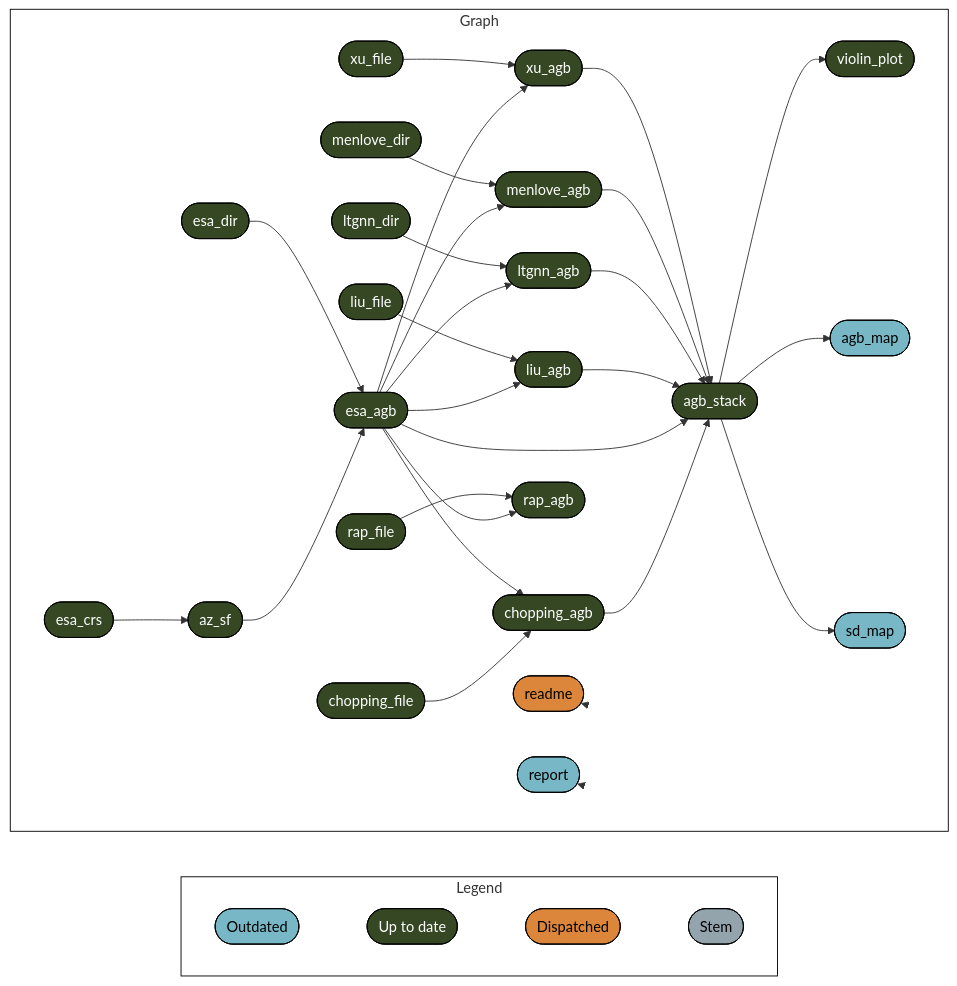
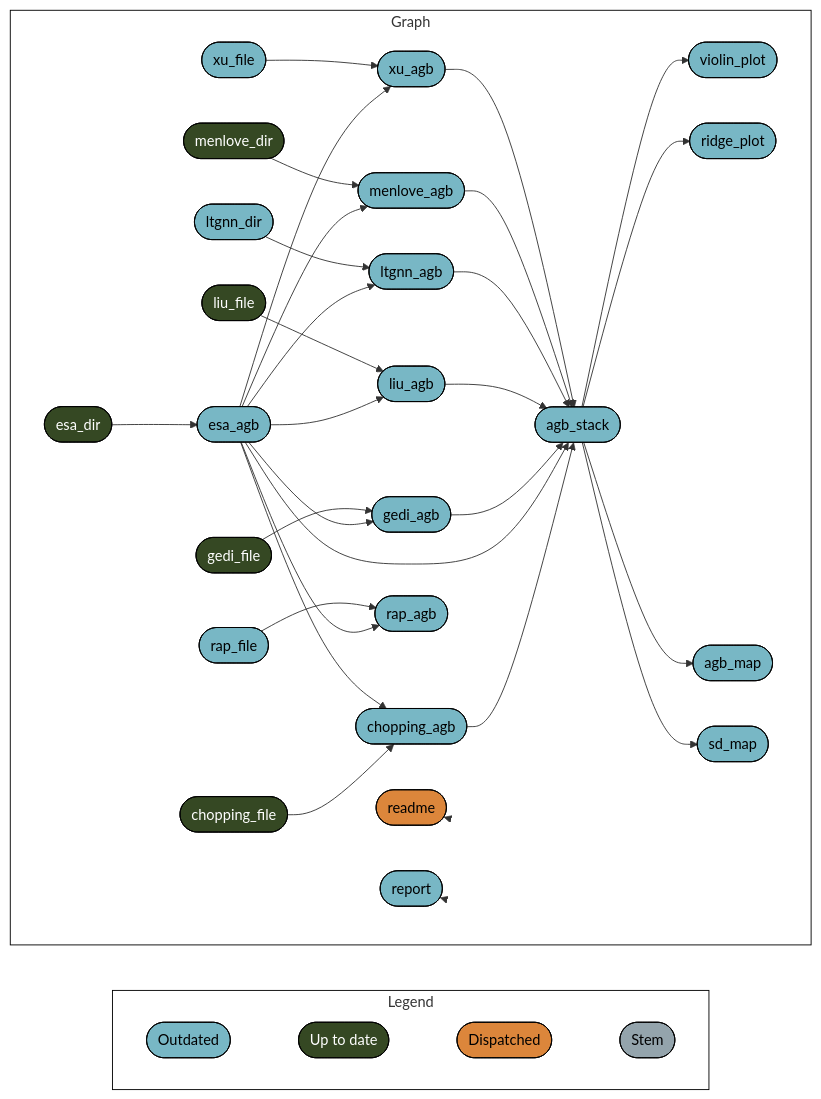
Before and after one commit to EcosystemEcologyLab/SW_Biomass: the diagram in README.md, drawn with Mermaid. The commit also changed other lines of this file and 5 other files, not shown here.

````diff
--- a/README.md
+++ b/README.md
@@ -34,49 +36,51 @@
 ``` mermaid
 graph LR
   style Legend fill:#FFFFFF00,stroke:#000000;
   style Graph fill:#FFFFFF00,stroke:#000000;
   subgraph Legend
     direction LR
     x0a52b03877696646([""Outdated""]):::outdated --- x7420bd9270f8d27d([""Up to date""]):::uptodate
     x7420bd9270f8d27d([""Up to date""]):::uptodate --- xa8565c104d8f0705([""Dispatched""]):::dispatched
     xa8565c104d8f0705([""Dispatched""]):::dispatched --- xbf4603d6c2c2ad6b([""Stem""]):::none
   end
   subgraph Graph
     direction LR
-    x9f7f8cade5fecf35(["esa_agb"]):::uptodate --> xb420f92ea294cb0b(["menlove_agb"]):::uptodate
-    x5086af9665941a9e(["menlove_dir"]):::uptodate --> xb420f92ea294cb0b(["menlove_agb"]):::uptodate
-    x9f7f8cade5fecf35(["esa_agb"]):::uptodate --> xe4f3f2f15e724def(["liu_agb"]):::uptodate
-    x26d0dae1bf6fcb39(["liu_file"]):::uptodate --> xe4f3f2f15e724def(["liu_agb"]):::uptodate
-    x74a8a38fc5a3e271(["agb_stack"]):::uptodate --> xfe73ce9654aaf612(["violin_plot"]):::uptodate
-    x10672e980111f5c2(["chopping_agb"]):::uptodate --> x74a8a38fc5a3e271(["agb_stack"]):::uptodate
-    x9f7f8cade5fecf35(["esa_agb"]):::uptodate --> x74a8a38fc5a3e271(["agb_stack"]):::uptodate
-    xe4f3f2f15e724def(["liu_agb"]):::uptodate --> x74a8a38fc5a3e271(["agb_stack"]):::uptodate
-    x7ff1622cd5d030f8(["ltgnn_agb"]):::uptodate --> x74a8a38fc5a3e271(["agb_stack"]):::uptodate
-    xb420f92ea294cb0b(["menlove_agb"]):::uptodate --> x74a8a38fc5a3e271(["agb_stack"]):::uptodate
-    x6bb719b45bfee760(["xu_agb"]):::uptodate --> x74a8a38fc5a3e271(["agb_stack"]):::uptodate
-    x9f7f8cade5fecf35(["esa_agb"]):::uptodate --> x6bb719b45bfee760(["xu_agb"]):::uptodate
-    x39b0a131ab7dd2d0(["xu_file"]):::uptodate --> x6bb719b45bfee760(["xu_agb"]):::uptodate
-    x80cf9d1bb79c21e3(["chopping_file"]):::uptodate --> x10672e980111f5c2(["chopping_agb"]):::uptodate
-    x9f7f8cade5fecf35(["esa_agb"]):::uptodate --> x10672e980111f5c2(["chopping_agb"]):::uptodate
-    xf416ae3442540291(["az_sf"]):::uptodate --> x9f7f8cade5fecf35(["esa_agb"]):::uptodate
-    xb91305eee1f5b0b5(["esa_dir"]):::uptodate --> x9f7f8cade5fecf35(["esa_agb"]):::uptodate
-    x9f7f8cade5fecf35(["esa_agb"]):::uptodate --> x5688b5ef6bcea6f9(["rap_agb"]):::uptodate
-    x9889d33e942dc03b(["rap_file"]):::uptodate --> x5688b5ef6bcea6f9(["rap_agb"]):::uptodate
-    xe27203ab4d91def0(["esa_crs"]):::uptodate --> xf416ae3442540291(["az_sf"]):::uptodate
-    x74a8a38fc5a3e271(["agb_stack"]):::uptodate --> xd959ad20dd7fd009(["agb_map"]):::outdated
-    x9f7f8cade5fecf35(["esa_agb"]):::uptodate --> x7ff1622cd5d030f8(["ltgnn_agb"]):::uptodate
-    xc968c07864940097(["ltgnn_dir"]):::uptodate --> x7ff1622cd5d030f8(["ltgnn_agb"]):::uptodate
-    x74a8a38fc5a3e271(["agb_stack"]):::uptodate --> x7dce032f25b5c564(["sd_map"]):::outdated
+    x9f7f8cade5fecf35(["esa_agb"]):::outdated --> xb420f92ea294cb0b(["menlove_agb"]):::outdated
+    x5086af9665941a9e(["menlove_dir"]):::uptodate --> xb420f92ea294cb0b(["menlove_agb"]):::outdated
+    x9f7f8cade5fecf35(["esa_agb"]):::outdated --> xe4f3f2f15e724def(["liu_agb"]):::outdated
+    x26d0dae1bf6fcb39(["liu_file"]):::uptodate --> xe4f3f2f15e724def(["liu_agb"]):::outdated
+    x74a8a38fc5a3e271(["agb_stack"]):::outdated --> xfe73ce9654aaf612(["violin_plot"]):::outdated
+    x10672e980111f5c2(["chopping_agb"]):::outdated --> x74a8a38fc5a3e271(["agb_stack"]):::outdated
+    x9f7f8cade5fecf35(["esa_agb"]):::outdated --> x74a8a38fc5a3e271(["agb_stack"]):::outdated
+    x5bee436f312cca80(["gedi_agb"]):::outdated --> x74a8a38fc5a3e271(["agb_stack"]):::outdated
+    xe4f3f2f15e724def(["liu_agb"]):::outdated --> x74a8a38fc5a3e271(["agb_stack"]):::outdated
+    x7ff1622cd5d030f8(["ltgnn_agb"]):::outdated --> x74a8a38fc5a3e271(["agb_stack"]):::outdated
+    xb420f92ea294cb0b(["menlove_agb"]):::outdated --> x74a8a38fc5a3e271(["agb_stack"]):::outdated
+    x6bb719b45bfee760(["xu_agb"]):::outdated --> x74a8a38fc5a3e271(["agb_stack"]):::outdated
+    x9f7f8cade5fecf35(["esa_agb"]):::outdated --> x6bb719b45bfee760(["xu_agb"]):::outdated
+    x39b0a131ab7dd2d0(["xu_file"]):::outdated --> x6bb719b45bfee760(["xu_agb"]):::outdated
+    x74a8a38fc5a3e271(["agb_stack"]):::outdated --> x13774cf4f2cc9b83(["ridge_plot"]):::outdated
+    x80cf9d1bb79c21e3(["chopping_file"]):::uptodate --> x10672e980111f5c2(["chopping_agb"]):::outdated
+    x9f7f8cade5fecf35(["esa_agb"]):::outdated --> x10672e980111f5c2(["chopping_agb"]):::outdated
+    x9f7f8cade5fecf35(["esa_agb"]):::outdated --> x5bee436f312cca80(["gedi_agb"]):::outdated
+    x8d7fb25f1e16bc4f(["gedi_file"]):::uptodate --> x5bee436f312cca80(["gedi_agb"]):::outdated
+    xb91305eee1f5b0b5(["esa_dir"]):::uptodate --> x9f7f8cade5fecf35(["esa_agb"]):::outdated
+    x9f7f8cade5fecf35(["esa_agb"]):::outdated --> x5688b5ef6bcea6f9(["rap_agb"]):::outdated
+    x9889d33e942dc03b(["rap_file"]):::outdated --> x5688b5ef6bcea6f9(["rap_agb"]):::outdated
+    x74a8a38fc5a3e271(["agb_stack"]):::outdated --> xd959ad20dd7fd009(["agb_map"]):::outdated
+    x9f7f8cade5fecf35(["esa_agb"]):::outdated --> x7ff1622cd5d030f8(["ltgnn_agb"]):::outdated
+    xc968c07864940097(["ltgnn_dir"]):::outdated --> x7ff1622cd5d030f8(["ltgnn_agb"]):::outdated
+    x74a8a38fc5a3e271(["agb_stack"]):::outdated --> x7dce032f25b5c564(["sd_map"]):::outdated
     x6e52cb0f1668cc22(["readme"]):::dispatched --> x6e52cb0f1668cc22(["readme"]):::dispatched
     xe0fba61fbc506510(["report"]):::outdated --> xe0fba61fbc506510(["report"]):::outdated
   end
   classDef outdated stroke:#000000,color:#000000,fill:#78B7C5;
   classDef uptodate stroke:#000000,color:#ffffff,fill:#354823;
   classDef dispatched stroke:#000000,color:#000000,fill:#DC863B;
   classDef none stroke:#000000,color:#000000,fill:#94a4ac;
   linkStyle 0 stroke-width:0px;
   linkStyle 1 stroke-width:0px;
   linkStyle 2 stroke-width:0px;
-  linkStyle 27 stroke-width:0px;
-  linkStyle 28 stroke-width:0px;
+  linkStyle 29 stroke-width:0px;
+  linkStyle 30 stroke-width:0px;
 ```
````
